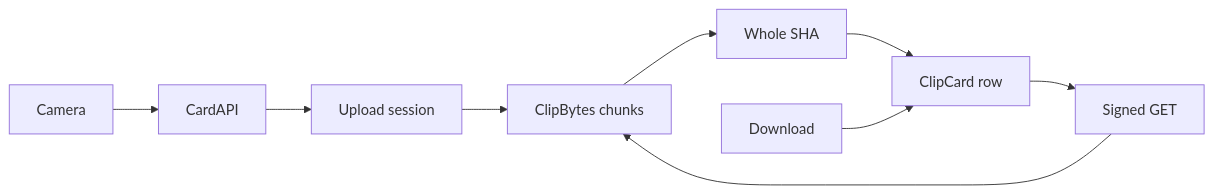
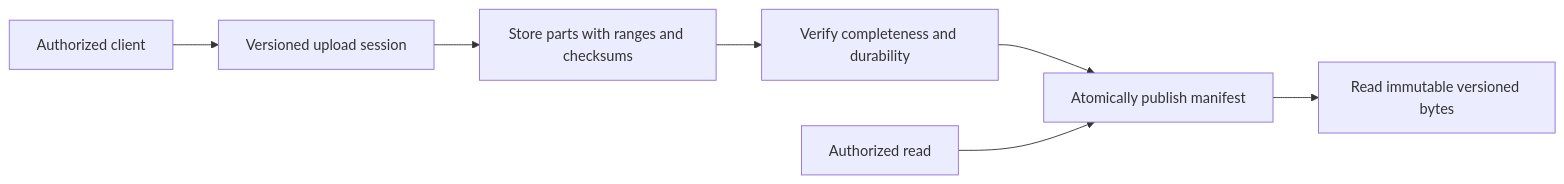
The diagram in lessons/system-design/cases/blob-store/viz/put.md (jdodsoncollins/study-material), drawn with Mermaid before and after one commit. The commit also changed 175 other files, not shown here.

````diff
--- a/lessons/system-design/cases/blob-store/viz/put.md
+++ b/lessons/system-design/cases/blob-store/viz/put.md
@@ -3,11 +3,9 @@
 ```mermaid
 flowchart LR
-  cam[Camera] --> card[CardAPI]
-  card --> sess[Upload session]
-  sess --> bytes[ClipBytes chunks]
-  bytes --> sha[Whole SHA]
-  sha --> meta[ClipCard row]
-  get[Download] --> meta
-  meta --> sign[Signed GET]
-  sign --> bytes
+  client[Authorized client] --> sess[Versioned upload session]
+  sess --> parts[Store parts with ranges and checksums]
+  parts --> verify[Verify completeness and durability]
+  verify --> meta[Atomically publish manifest]
+  get[Authorized read] --> meta
+  meta --> bytes[Read immutable versioned bytes]
 ```
````
